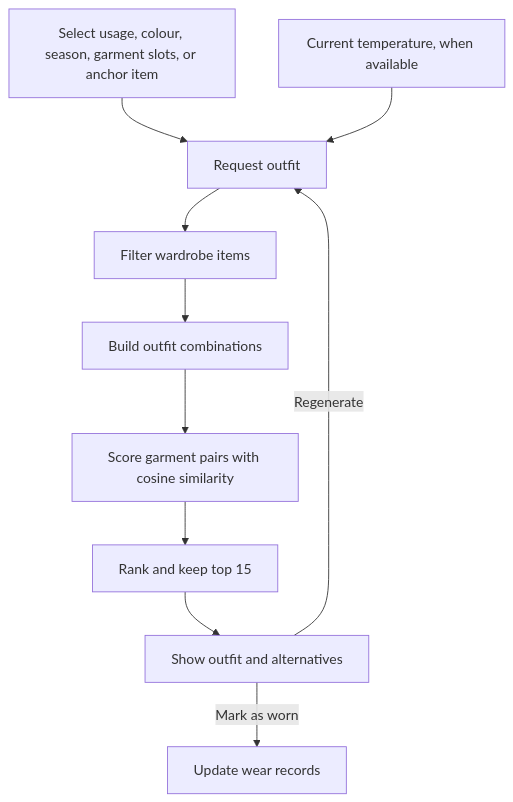
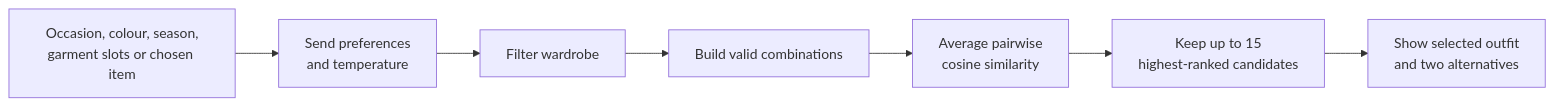
One commit to heyitssyakirrr/stylemate changed the third of 4 diagrams in README.md. Above: the diagram before and after it, drawn with Mermaid. The commit also changed other lines of this file, not shown here.

````diff
--- a/README.md
+++ b/README.md
@@ -82,12 +77,9 @@
 ```mermaid
-flowchart TD
-    A["Select usage, colour, season, garment slots, or anchor item"] --> B["Request outfit"]
-    Weather["Current temperature, when available"] --> B
-    B --> C["Filter wardrobe items"]
-    C --> D["Build outfit combinations"]
-    D --> E["Score garment pairs with cosine similarity"]
-    E --> F["Rank and keep top 15"]
-    F --> G["Show outfit and alternatives"]
-    G -->|Regenerate| B
-    G -->|Mark as worn| H["Update wear records"]
+flowchart LR
+    Input["Occasion, colour, season,<br/>garment slots or chosen item"] --> Request["Send preferences<br/>and temperature"]
+    Request --> Filter["Filter wardrobe"]
+    Filter --> Combine["Build valid combinations"]
+    Combine --> Score["Average pairwise<br/>cosine similarity"]
+    Score --> Results["Keep up to 15<br/>highest-ranked candidates"]
+    Results --> Choice["Show selected outfit<br/>and two alternatives"]
 ```
````
